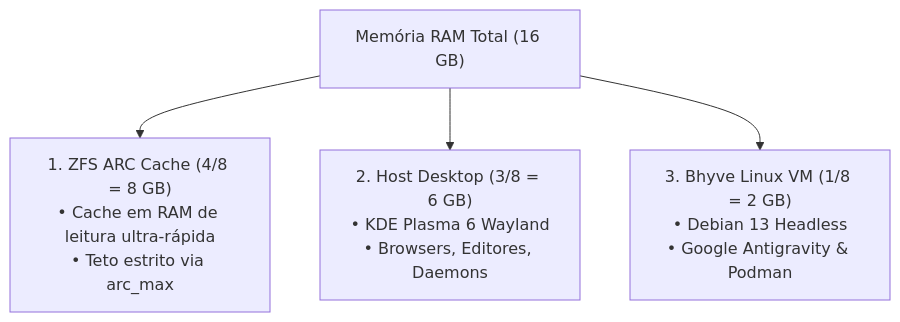
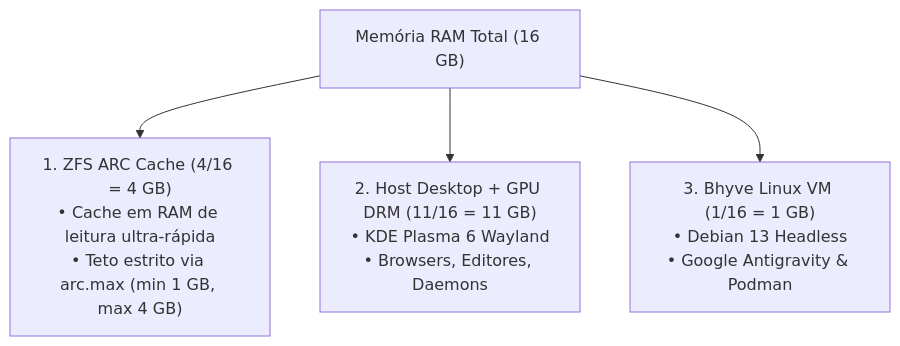
The diagram in docs/freebsd/02-zfs-storage-e-arc.md (GabrielFrigo4/environment), drawn with Mermaid before and after one commit. The commit also changed other lines of this file and 21 other files, not shown here.

Commit message:
feat: complete TODO roadmap, add freebsd.txt guide, and sync submodules

````diff
--- a/docs/freebsd/02-zfs-storage-e-arc.md
+++ b/docs/freebsd/02-zfs-storage-e-arc.md
@@ -15,11 +15,11 @@
 ```mermaid
 flowchart TD
     RAM["Memória RAM Total (16 GB)"]
-    ARC["1. ZFS ARC Cache (4/8 = 8 GB)<br/>• Cache em RAM de leitura ultra-rápida<br/>• Teto estrito via arc_max"]
-    HOST["2. Host Desktop (3/8 = 6 GB)<br/>• KDE Plasma 6 Wayland<br/>• Browsers, Editores, Daemons"]
-    VM["3. Bhyve Linux VM (1/8 = 2 GB)<br/>• Debian 13 Headless<br/>• Google Antigravity & Podman"]
+    ARC["1. ZFS ARC Cache (4/16 = 4 GB)<br/>• Cache em RAM de leitura ultra-rápida<br/>• Teto estrito via arc.max (min 1 GB, max 4 GB)"]
+    HOST["2. Host Desktop + GPU DRM (11/16 = 11 GB)<br/>• KDE Plasma 6 Wayland<br/>• Browsers, Editores, Daemons"]
+    VM["3. Bhyve Linux VM (1/16 = 1 GB)<br/>• Debian 13 Headless<br/>• Google Antigravity & Podman"]
 
     RAM --> ARC
     RAM --> HOST
     RAM --> VM
 ```
````
